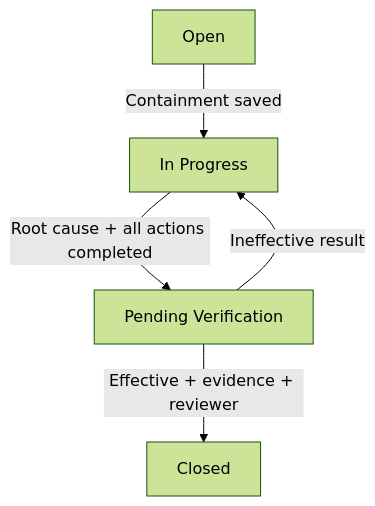
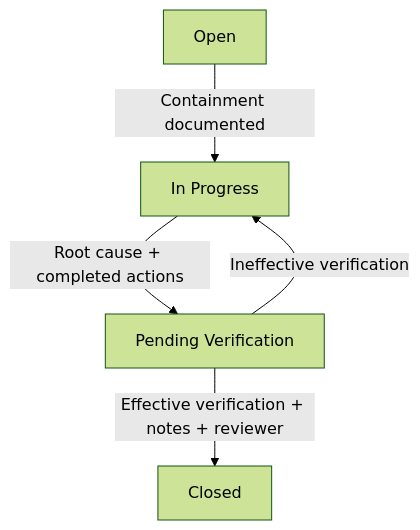
The second of 2 diagrams in docs/ARCHITECTURE.md (FranciscoRodrigues94/complaint-management-flow), drawn with Mermaid (forest theme) before and after one commit. The commit also changed other lines of this file, not shown here.

Commit message:
docs: update architecture with quality costs and CI

````diff
--- a/docs/ARCHITECTURE.md
+++ b/docs/ARCHITECTURE.md
@@ -21,7 +27,7 @@
 ```mermaid
 flowchart TD
-  A[Open] -->|Containment saved| B[In Progress]
-  B -->|Root cause + all actions completed| C[Pending Verification]
-  C -->|Effective + evidence + reviewer| D[Closed]
-  C -->|Ineffective result| B
+    A[Open] -->|Containment documented| B[In Progress]
+    B -->|Root cause + completed actions| C[Pending Verification]
+    C -->|Effective verification + notes + reviewer| D[Closed]
+    C -->|Ineffective verification| B
 ```
````
